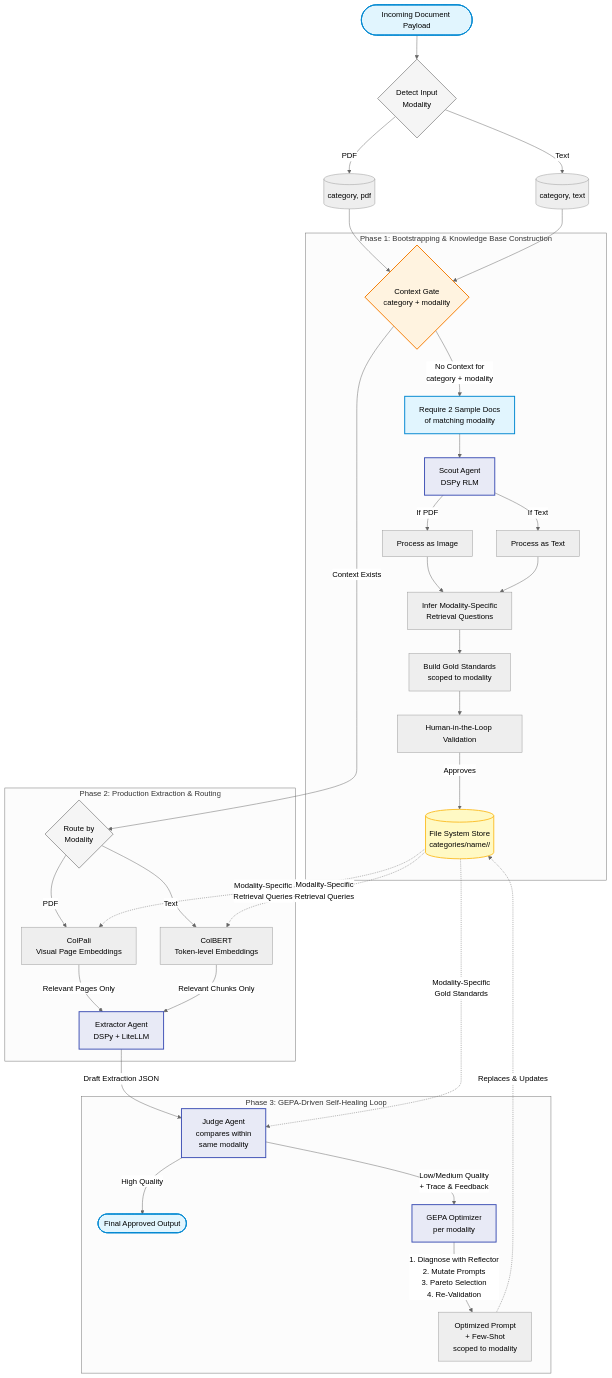
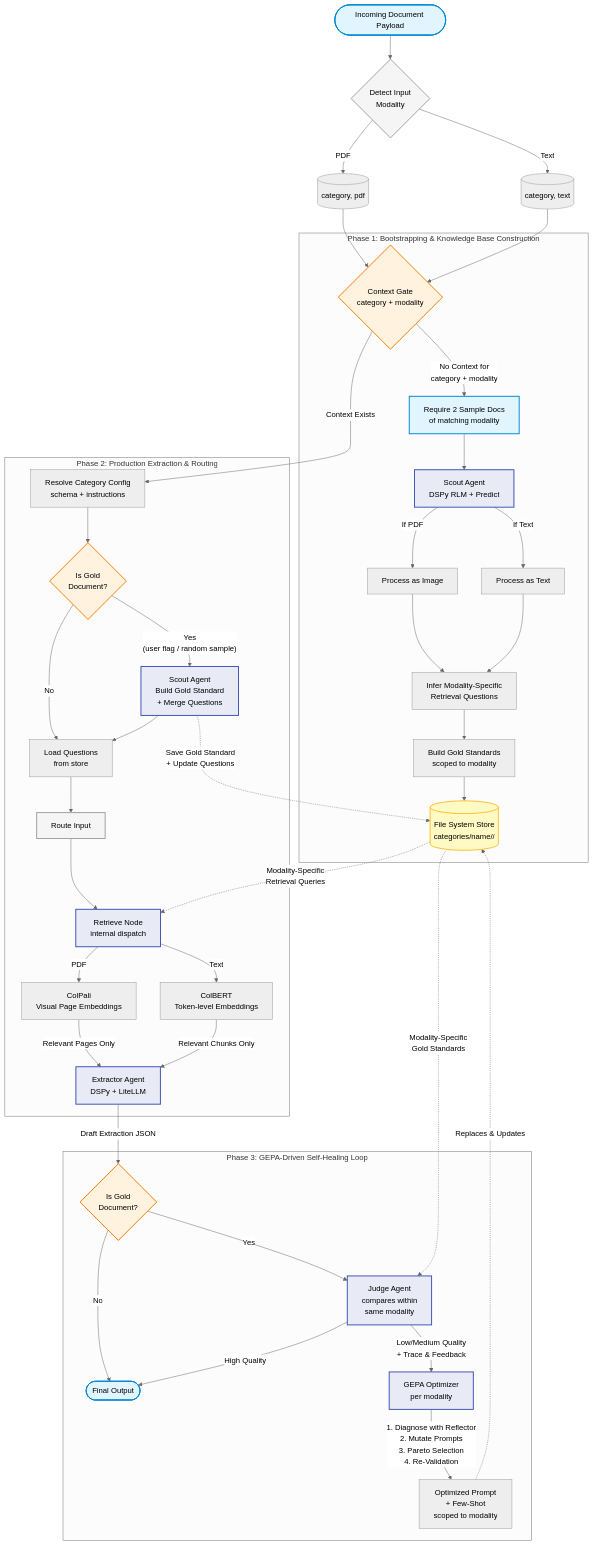
Before and after one commit to Pratham-26/Meta-guided-document-extraction: the diagram in docs/data_flow.mermaid, drawn with Mermaid (neutral theme). The commit also changed 22 other files, not shown here.

```diff
--- a/docs/data_flow.mermaid
+++ b/docs/data_flow.mermaid
@@ -1,64 +1,76 @@
 graph TD
     classDef input fill:#e1f5fe,stroke:#0288d1,stroke-width:2px;
     classDef storage fill:#fff9c4,stroke:#fbc02d,stroke-width:2px;
     classDef agent fill:#e8eaf6,stroke:#3f51b5,stroke-width:2px;
     classDef routing fill:#f5f5f5,stroke:#9e9e9e,stroke-width:2px;
     classDef decision fill:#fff3e0,stroke:#f57c00,stroke-width:2px;
 
     Start([Incoming Document Payload]) --> DetectMod{Detect Input<br/>Modality}:::routing
     DetectMod -- "PDF" --> PDFMod[(category, pdf)]
     DetectMod -- "Text" --> TextMod[(category, text)]
 
     PDFMod --> Gate{Context Gate<br/>category + modality}:::decision
     TextMod --> Gate
 
     %% ==========================================
     %% Phase 1: Bootstrapping (Scout)
     %% ==========================================
     subgraph Phase 1: Bootstrapping & Knowledge Base Construction
         Gate -- "No Context for<br/>category + modality" --> SetupReq[Require 2 Sample Docs<br/>of matching modality]:::input
-        SetupReq --> Scout[Scout Agent<br/>DSPy RLM]:::agent
+        SetupReq --> Scout[Scout Agent<br/>DSPy RLM + Predict]:::agent
 
         Scout -- "If PDF" --> ScoutVision[Process as Image]
         Scout -- "If Text" --> ScoutText[Process as Text]
 
         ScoutVision --> InfQ[Infer Modality-Specific<br/>Retrieval Questions]
         ScoutText --> InfQ
 
         InfQ --> GS[Build Gold Standards<br/>scoped to modality]
-        GS --> HitL[Human-in-the-Loop Validation]
-        HitL -- "Approves" --> FSStore[(File System Store<br/>categories/name/<modality>/)]:::storage
+        GS --> FSStore[(File System Store<br/>categories/name/<modality>/)]:::storage
     end
 
     %% ==========================================
     %% Phase 2: Production Execution
     %% ==========================================
     subgraph Phase 2: Production Extraction & Routing
-        Gate -- "Context Exists" --> RouteCtx{Route by<br/>Modality}:::routing
+        Gate -- "Context Exists" --> ResolveConfig[Resolve Category Config<br/>schema + instructions]
+        ResolveConfig --> GoldDetect{Is Gold<br/>Document?}:::decision
 
-        RouteCtx -- "PDF" --> ColPali[ColPali<br/>Visual Page Embeddings]
-        RouteCtx -- "Text" --> ColBERT[ColBERT<br/>Token-level Embeddings]
+        GoldDetect -- "Yes<br/>(user flag / random sample)" --> ScoutGold[Scout Agent<br/>Build Gold Standard<br/>+ Merge Questions]:::agent
+        ScoutGold -. "Save Gold Standard<br/>+ Update Questions" .-> FSStore
 
-        FSStore -. "Modality-Specific<br/>Retrieval Queries" .-> ColPali
-        FSStore -. "Modality-Specific<br/>Retrieval Queries" .-> ColBERT
+        GoldDetect -- "No" --> LoadQ[Load Questions<br/>from store]
+        ScoutGold --> LoadQ
+
+        LoadQ --> RouteCtx[Route Input]:::routing
+
+        RouteCtx --> Retrieve[Retrieve Node<br/>internal dispatch]:::agent
+        Retrieve -- "PDF" --> ColPali[ColPali<br/>Visual Page Embeddings]
+        Retrieve -- "Text" --> ColBERT[ColBERT<br/>Token-level Embeddings]
+
+        FSStore -. "Modality-Specific<br/>Retrieval Queries" .-> Retrieve
 
         ColPali -- "Relevant Pages Only" --> Extractor[Extractor Agent<br/>DSPy + LiteLLM]:::agent
         ColBERT -- "Relevant Chunks Only" --> Extractor
     end
 
     %% ==========================================
     %% Phase 3: Continuous Learning Loop
     %% ==========================================
     subgraph Phase 3: GEPA-Driven Self-Healing Loop
-        Extractor -- "Draft Extraction JSON" --> Judge[Judge Agent<br/>compares within<br/>same modality]:::agent
+        Extractor -- "Draft Extraction JSON" --> IsGoldJudge{Is Gold<br/>Document?}:::decision
+
+        IsGoldJudge -- "Yes" --> Judge[Judge Agent<br/>compares within<br/>same modality]:::agent
+        IsGoldJudge -- "No" --> Final([Final Output])
+
         FSStore -. "Modality-Specific<br/>Gold Standards" .-> Judge
 
-        Judge -- "High Quality" --> Final([Final Approved Output])
+        Judge -- "High Quality" --> Final
         Judge -- "Low/Medium Quality<br>+ Trace & Feedback" --> GEPA[GEPA Optimizer<br/>per modality]:::agent
 
         GEPA -- "1. Diagnose with Reflector<br>2. Mutate Prompts<br>3. Pareto Selection<br>4. Re-Validation" --> OptPrompt[Optimized Prompt<br/>+ Few-Shot<br/>scoped to modality]
         OptPrompt -. "Replaces & Updates" .-> FSStore
     end
 
     class Start input;
     class Final input;
```
